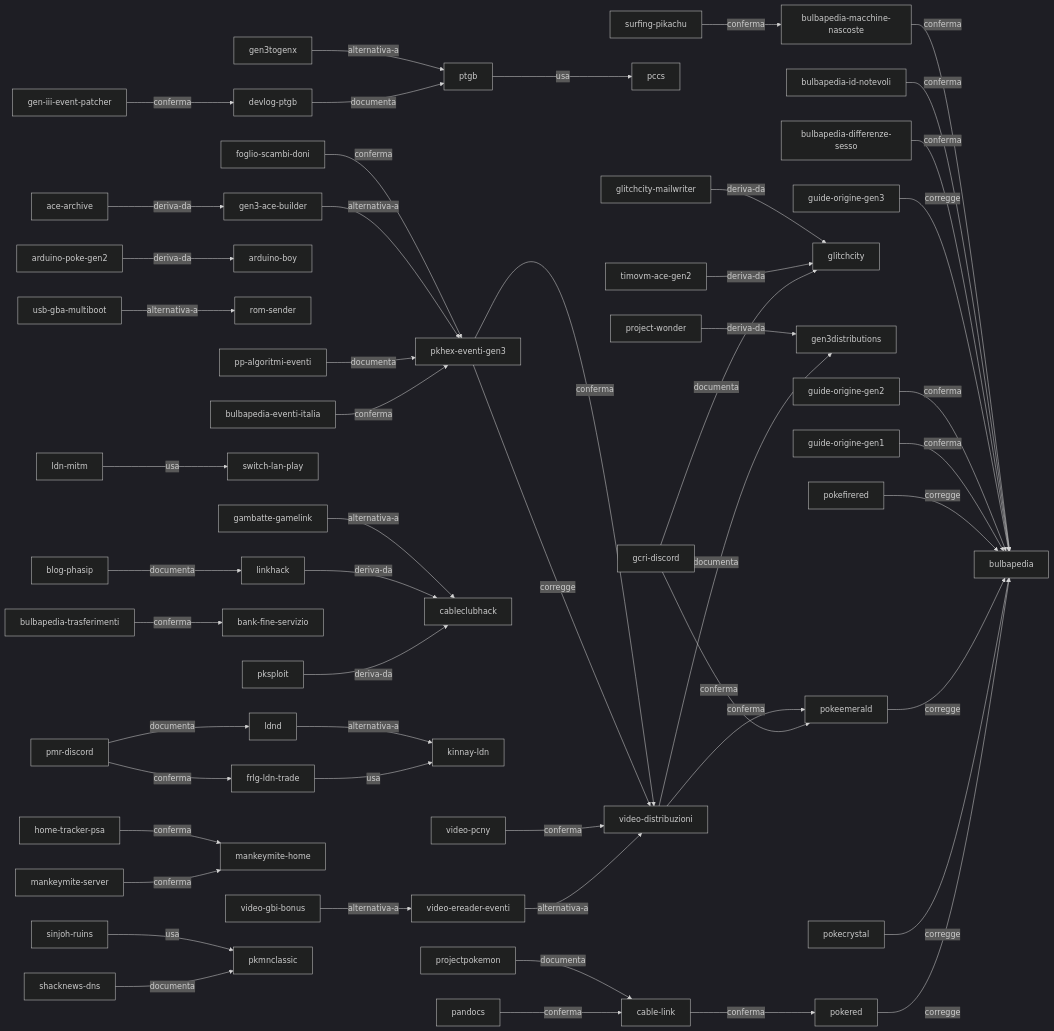
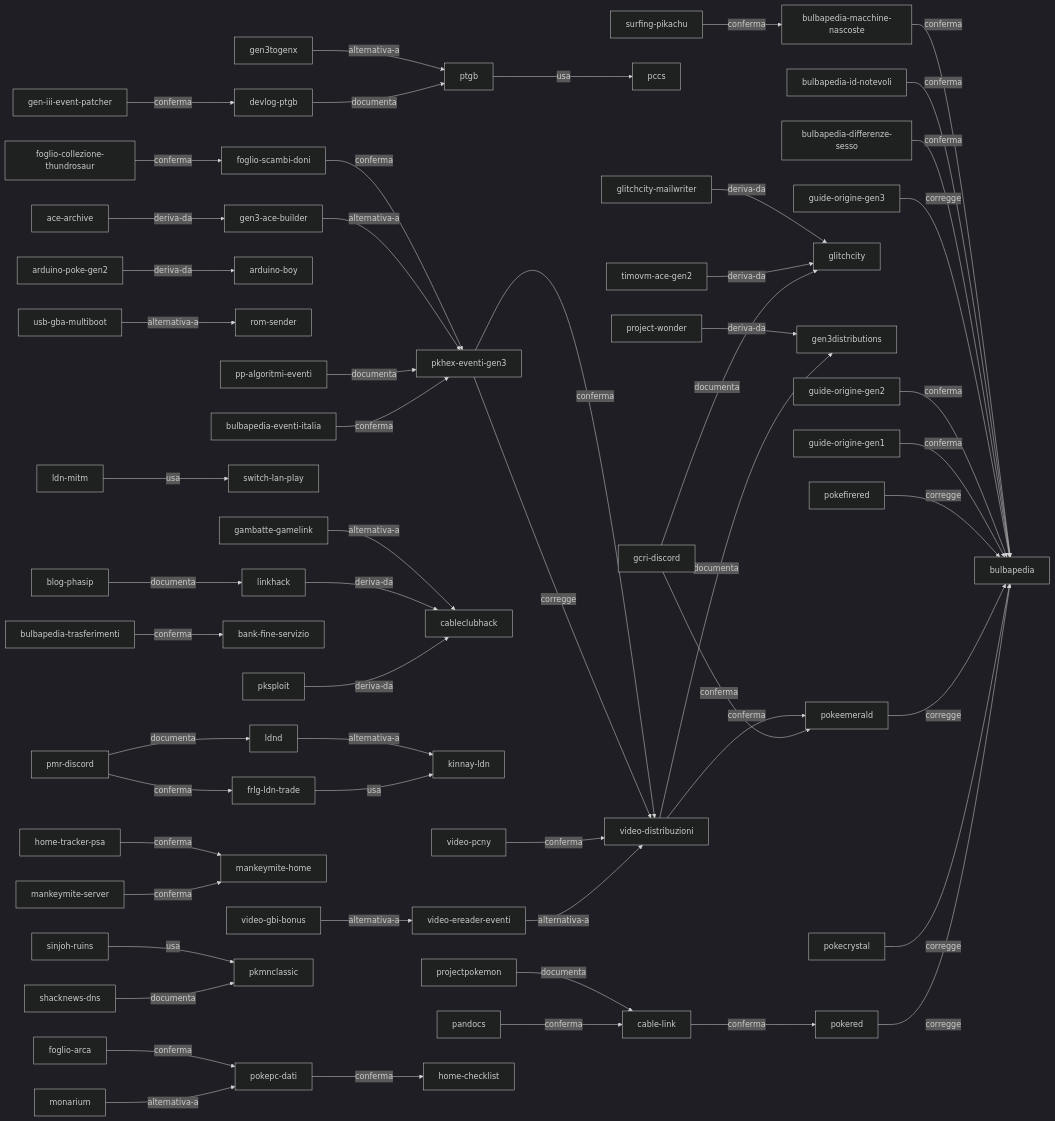
Before and after one commit to alesop95/retrogame-mod-pok-dev: the diagram in docs/fonti/index-fonti.md, drawn with Mermaid (dark theme). The commit also changed other lines of this file and 64 other files, not shown here.

````diff
--- a/docs/fonti/index-fonti.md
+++ b/docs/fonti/index-fonti.md
@@ -15,54 +15,58 @@
 ```mermaid
 graph LR
   pokered -- corregge --> bulbapedia
   pokecrystal -- corregge --> bulbapedia
   pokeemerald -- corregge --> bulbapedia
   pokefirered -- corregge --> bulbapedia
   pandocs -- conferma --> cable-link
   devlog-ptgb -- documenta --> ptgb
   ptgb -- usa --> pccs
   gen3togenx -- alternativa-a --> ptgb
   cable-link -- conferma --> pokered
   pksploit -- deriva-da --> cableclubhack
   linkhack -- deriva-da --> cableclubhack
   blog-phasip -- documenta --> linkhack
   arduino-poke-gen2 -- deriva-da --> arduino-boy
   usb-gba-multiboot -- alternativa-a --> rom-sender
   frlg-ldn-trade -- usa --> kinnay-ldn
   ldnd -- alternativa-a --> kinnay-ldn
   pmr-discord -- conferma --> frlg-ldn-trade
   pmr-discord -- documenta --> ldnd
   ldn-mitm -- usa --> switch-lan-play
   gcri-discord -- conferma --> pokeemerald
   gcri-discord -- documenta --> glitchcity
   gambatte-gamelink -- alternativa-a --> cableclubhack
   projectpokemon -- documenta --> cable-link
   video-distribuzioni -- conferma --> pokeemerald
   video-distribuzioni -- documenta --> gen3distributions
   video-ereader-eventi -- alternativa-a --> video-distribuzioni
   video-pcny -- conferma --> video-distribuzioni
   video-gbi-bonus -- alternativa-a --> video-ereader-eventi
   bulbapedia-trasferimenti -- conferma --> bank-fine-servizio
   pkhex-eventi-gen3 -- corregge --> video-distribuzioni
   pkhex-eventi-gen3 -- conferma --> video-distribuzioni
   bulbapedia-eventi-italia -- conferma --> pkhex-eventi-gen3
   gen-iii-event-patcher -- conferma --> devlog-ptgb
   project-wonder -- deriva-da --> gen3distributions
   pp-algoritmi-eventi -- documenta --> pkhex-eventi-gen3
   gen3-ace-builder -- alternativa-a --> pkhex-eventi-gen3
   ace-archive -- deriva-da --> gen3-ace-builder
   mankeymite-server -- conferma --> mankeymite-home
   home-tracker-psa -- conferma --> mankeymite-home
   guide-origine-gen1 -- conferma --> bulbapedia
   guide-origine-gen2 -- conferma --> bulbapedia
   guide-origine-gen3 -- corregge --> bulbapedia
   bulbapedia-differenze-sesso -- conferma --> bulbapedia
   bulbapedia-id-notevoli -- conferma --> bulbapedia
   foglio-scambi-doni -- conferma --> pkhex-eventi-gen3
   timovm-ace-gen2 -- deriva-da --> glitchcity
   glitchcity-mailwriter -- deriva-da --> glitchcity
   shacknews-dns -- documenta --> pkmnclassic
   sinjoh-ruins -- usa --> pkmnclassic
   bulbapedia-macchine-nascoste -- conferma --> bulbapedia
   surfing-pikachu -- conferma --> bulbapedia-macchine-nascoste
+  pokepc-dati -- conferma --> home-checklist
+  monarium -- alternativa-a --> pokepc-dati
+  foglio-arca -- conferma --> pokepc-dati
+  foglio-collezione-thundrosaur -- conferma --> foglio-scambi-doni
 ```
````
